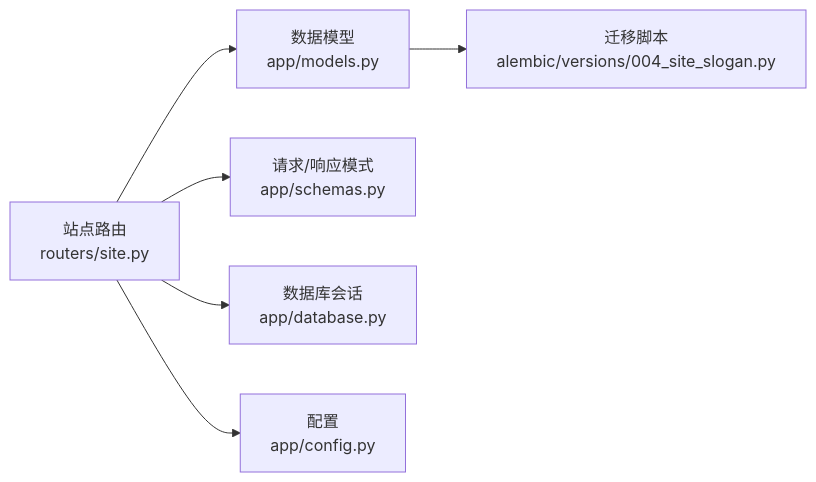
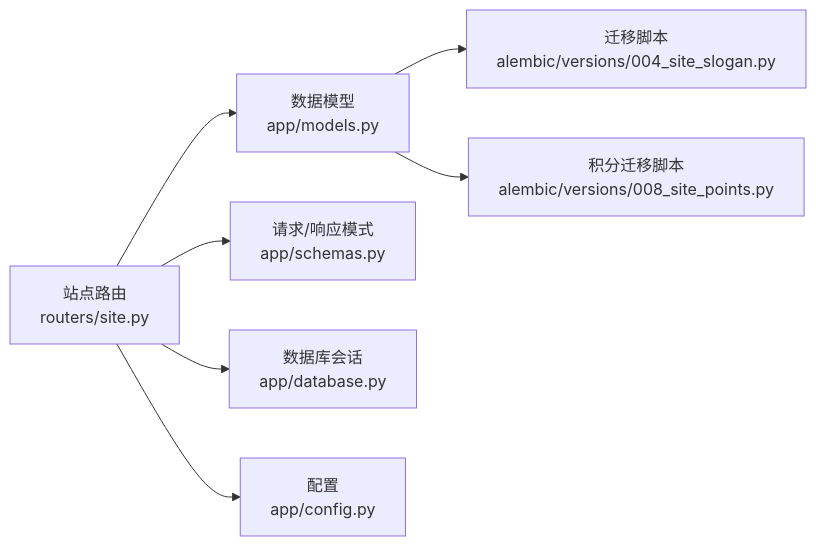
Before and after one commit to onebody/homework: the fourth of 4 diagrams in .qoder/repowiki/zh/content/暑假作业打卡系统/后端服务架构/路由层设计/站点管理API.md, drawn with Mermaid. The commit also changed other lines of this file and 16 other files, not shown here.

````diff
--- a/.qoder/repowiki/zh/content/暑假作业打卡系统/后端服务架构/路由层设计/站点管理API.md
+++ b/.qoder/repowiki/zh/content/暑假作业打卡系统/后端服务架构/路由层设计/站点管理API.md
@@ -201,8 +193,9 @@
 ```mermaid
 graph LR
 Router["站点路由<br/>routers/site.py"] --> Models["数据模型<br/>app/models.py"]
 Router --> Schemas["请求/响应模式<br/>app/schemas.py"]
 Router --> Database["数据库会话<br/>app/database.py"]
 Router --> Config["配置<br/>app/config.py"]
 Models --> Migration["迁移脚本<br/>alembic/versions/004_site_slogan.py"]
+Models --> PointsMigration["积分迁移脚本<br/>alembic/versions/008_site_points.py"]
 ```
````
